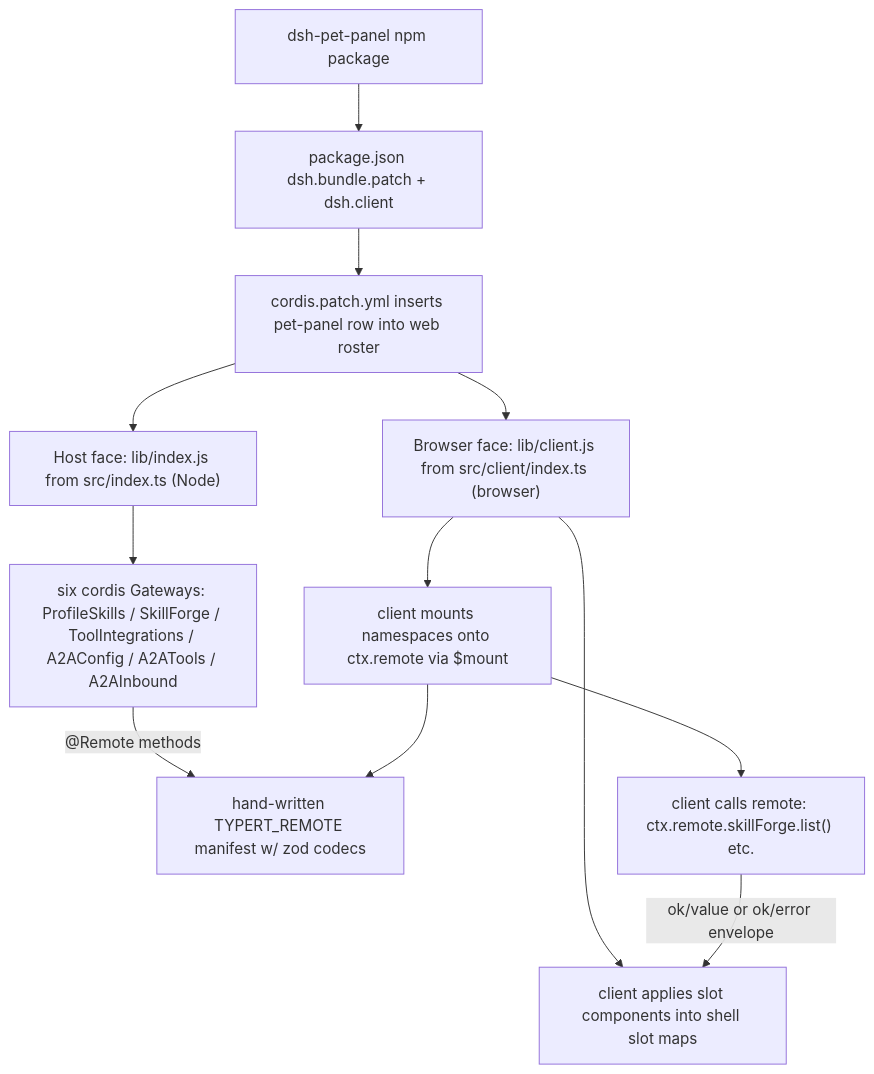
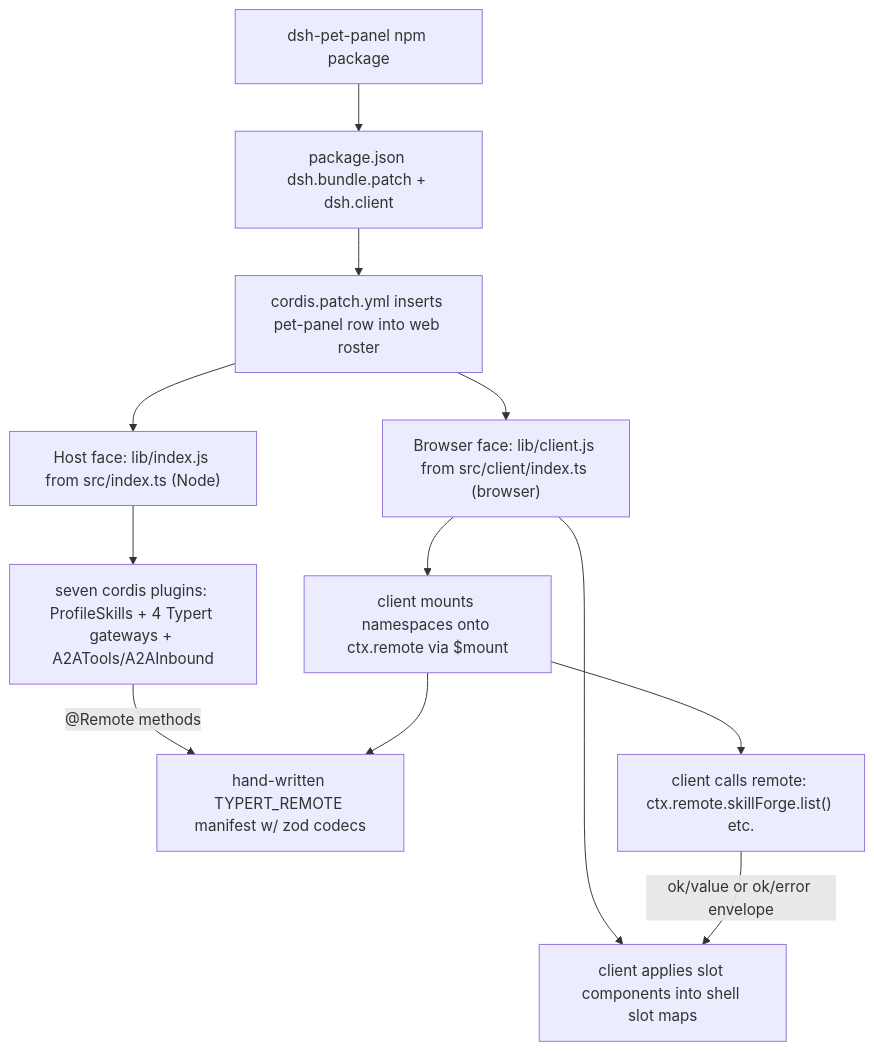
The diagram in openwiki/architecture/overview.md (zw11591-sketch/dsh-pet-panel), drawn with Mermaid before and after one commit. The commit also changed other lines of this file and 53 other files, not shown here.

````diff
--- a/openwiki/architecture/overview.md
+++ b/openwiki/architecture/overview.md
@@ -37,24 +37,24 @@
 ```mermaid
 flowchart TD
     pkg["dsh-pet-panel npm package"]
     cfg["package.json dsh.bundle.patch + dsh.client"]
     host["Host face: lib/index.js from src/index.ts (Node)"]
     client["Browser face: lib/client.js from src/client/index.ts (browser)"]
     patch["cordis.patch.yml inserts pet-panel row into web roster"]
     slots["client applies slot components into shell slot maps"]
-    gateways["six cordis Gateways: ProfileSkills / SkillForge / ToolIntegrations / A2AConfig / A2ATools / A2AInbound"]
+    plugins["seven cordis plugins: ProfileSkills + 4 Typert gateways + A2ATools/A2AInbound"]
     remote["hand-written TYPERT_REMOTE manifest w/ zod codecs"]
     rt["client mounts namespaces onto ctx.remote via $mount"]
     rpc["client calls remote: ctx.remote.skillForge.list() etc."]
     pkg --> cfg
     cfg --> patch
     patch --> host
     patch --> client
-    host --> gateways
-    gateways -->|"@Remote methods"| remote
+    host --> plugins
+    plugins -->|"@Remote methods"| remote
     client --> slots
     client --> rt
     rt --> remote
     rt --> rpc
     rpc -->|"ok/value or ok/error envelope"| slots
 ```
````
